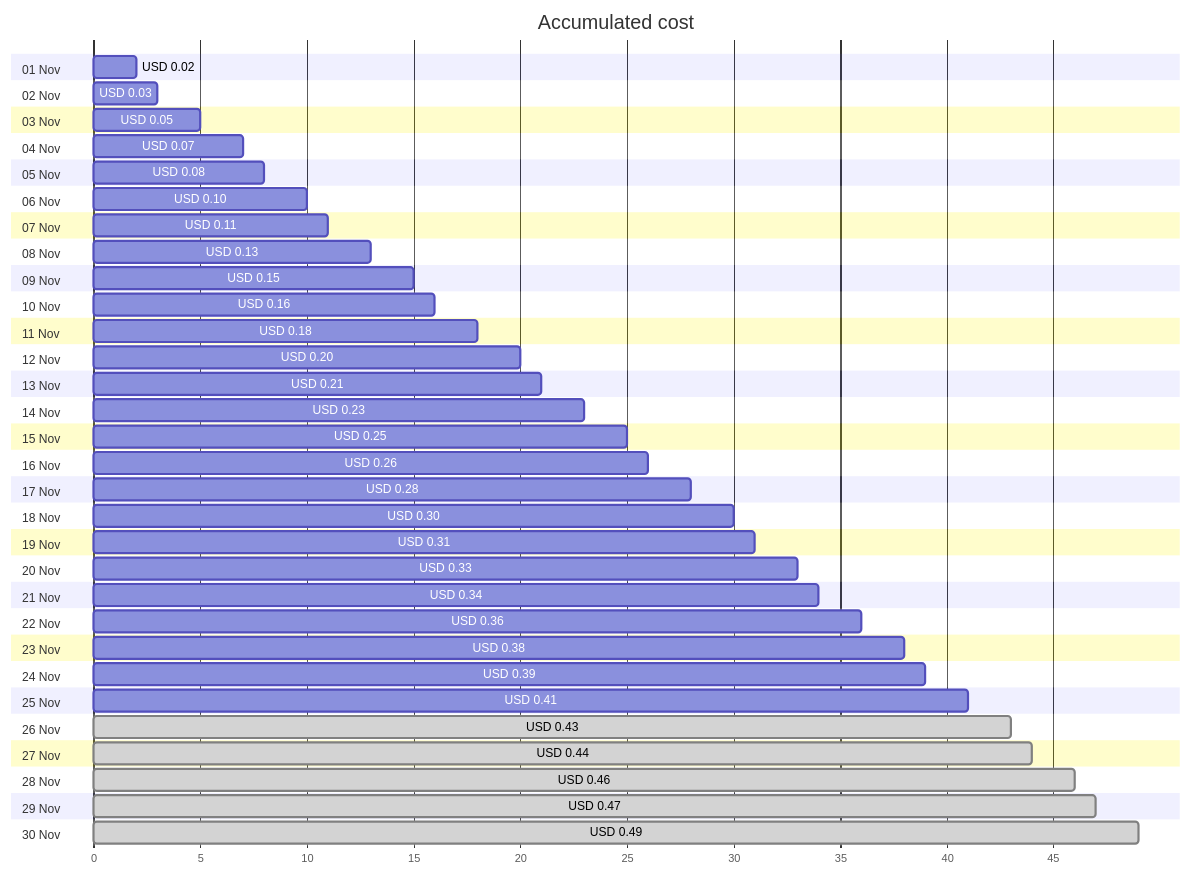
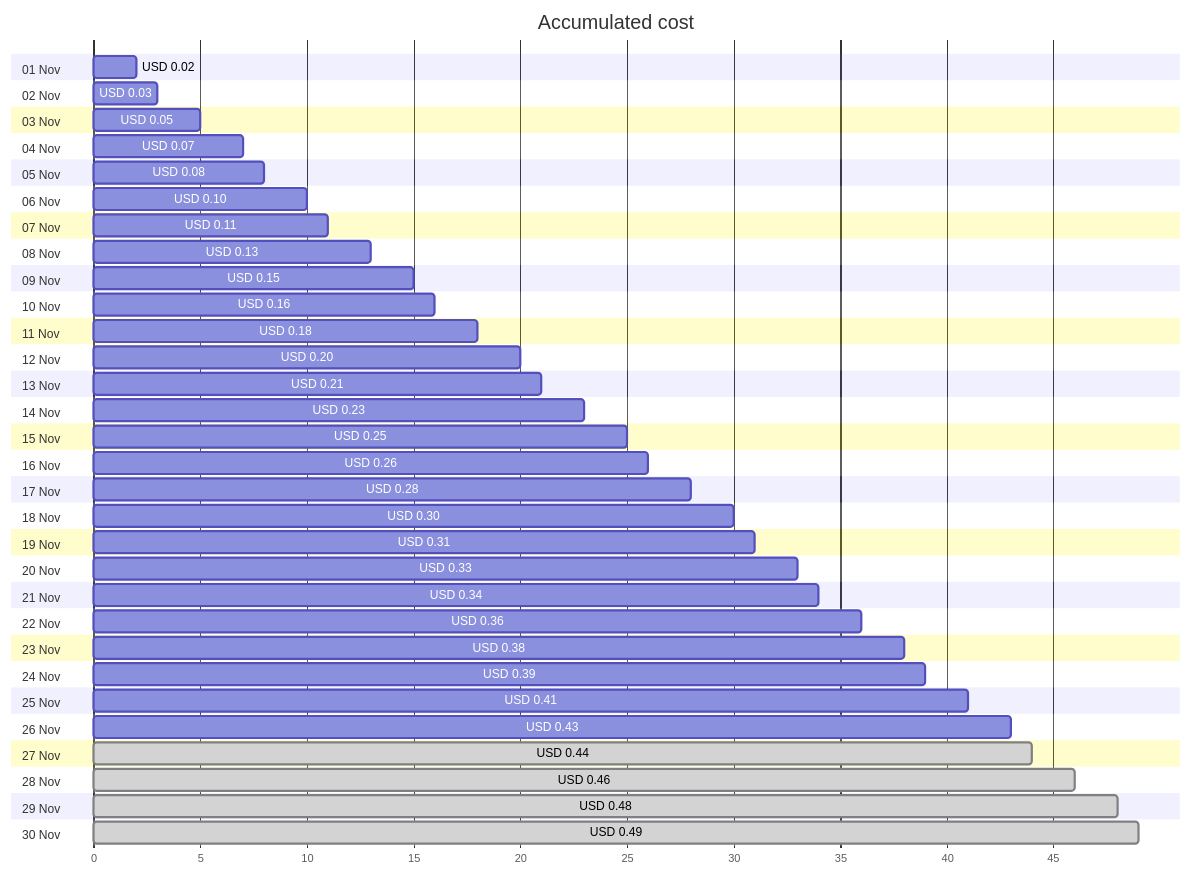
Before and after one commit to jpfulton/azure-personal-reports: the first of 4 diagrams in cost-reports/personal-dns/jpatrickfulton.dev.md, drawn with Mermaid. The commit also changed other lines of this file and 2 other files, not shown here.

````diff
--- a/cost-reports/personal-dns/jpatrickfulton.dev.md
+++ b/cost-reports/personal-dns/jpatrickfulton.dev.md
@@ -20,66 +20,66 @@
 ```mermaid
 gantt
    title Accumulated cost
    dateFormat  X
    axisFormat %s
    section 01 Nov
    USD 0.02 :0, 2
    section 02 Nov
    USD 0.03 :0, 3
    section 03 Nov
    USD 0.05 :0, 5
    section 04 Nov
    USD 0.07 :0, 7
    section 05 Nov
    USD 0.08 :0, 8
    section 06 Nov
    USD 0.10 :0, 10
    section 07 Nov
    USD 0.11 :0, 11
    section 08 Nov
    USD 0.13 :0, 13
    section 09 Nov
    USD 0.15 :0, 15
    section 10 Nov
    USD 0.16 :0, 16
    section 11 Nov
    USD 0.18 :0, 18
    section 12 Nov
    USD 0.20 :0, 20
    section 13 Nov
    USD 0.21 :0, 21
    section 14 Nov
    USD 0.23 :0, 23
    section 15 Nov
    USD 0.25 :0, 25
    section 16 Nov
    USD 0.26 :0, 26
    section 17 Nov
    USD 0.28 :0, 28
    section 18 Nov
    USD 0.30 :0, 30
    section 19 Nov
    USD 0.31 :0, 31
    section 20 Nov
    USD 0.33 :0, 33
    section 21 Nov
    USD 0.34 :0, 34
    section 22 Nov
    USD 0.36 :0, 36
    section 23 Nov
    USD 0.38 :0, 38
    section 24 Nov
    USD 0.39 :0, 39
    section 25 Nov
    USD 0.41 :0, 41
    section 26 Nov
-   USD 0.43 : done, 0, 43
+   USD 0.43 :0, 43
    section 27 Nov
    USD 0.44 : done, 0, 44
    section 28 Nov
    USD 0.46 : done, 0, 46
    section 29 Nov
-   USD 0.47 : done, 0, 47
+   USD 0.48 : done, 0, 48
    section 30 Nov
    USD 0.49 : done, 0, 49
 ```
````
